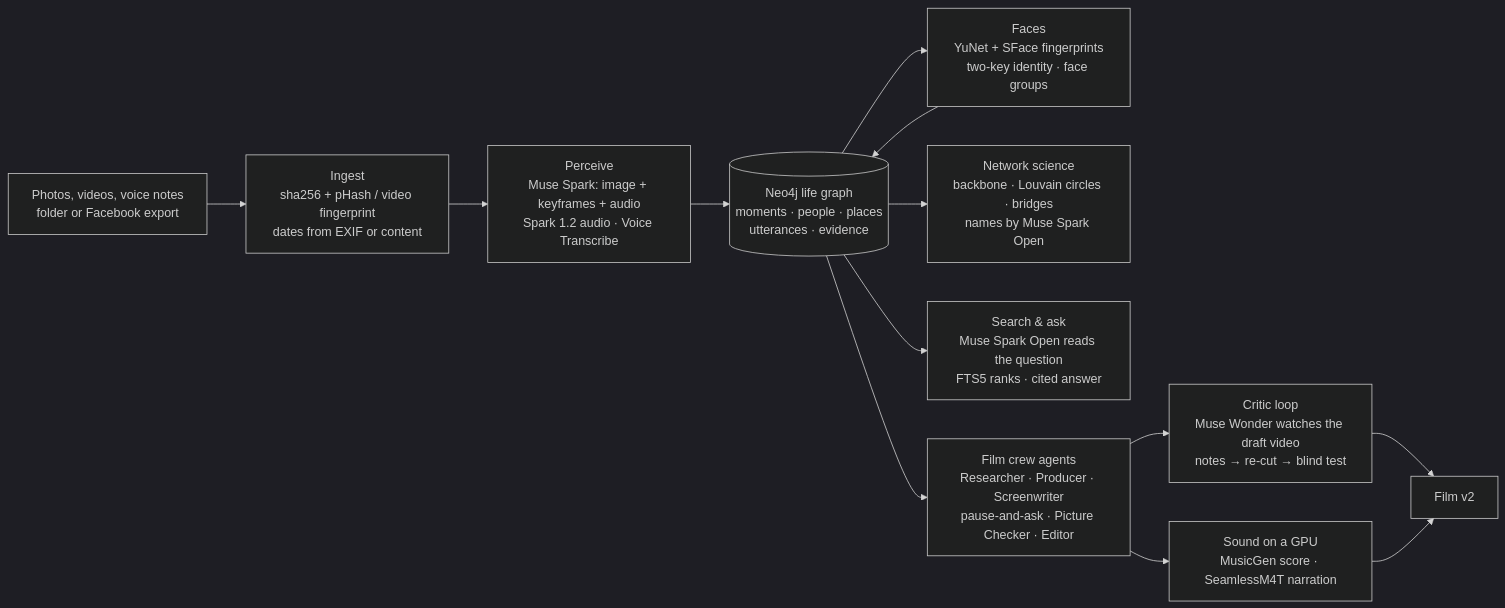
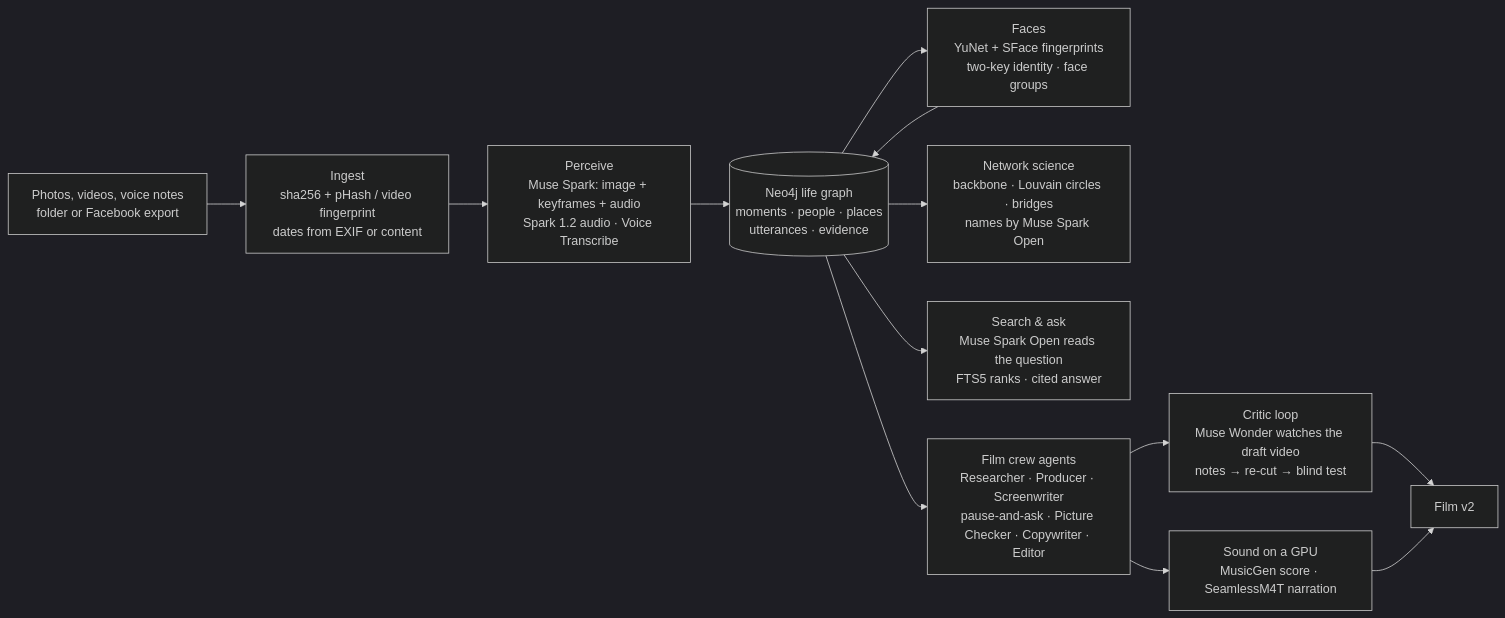
Before and after one commit to agmonp/muse-life-graph: the diagram in README.md, drawn with Mermaid (dark theme). The commit also changed other lines of this file and 8 other files, not shown here.

````diff
--- a/README.md
+++ b/README.md
@@ -47,15 +48,15 @@
 ```mermaid
 flowchart LR
   A[Photos, videos, voice notes<br/>folder or Facebook export] --> B[Ingest<br/>sha256 + pHash / video fingerprint<br/>dates from EXIF or content]
   B --> C[Perceive<br/>Muse Spark: image + keyframes + audio<br/>Spark 1.2 audio · Voice Transcribe]
   C --> D[(Neo4j life graph<br/>moments · people · places<br/>utterances · evidence)]
   D --> E[Faces<br/>YuNet + SFace fingerprints<br/>two-key identity · face groups]
   E --> D
   D --> F[Network science<br/>backbone · Louvain circles · bridges<br/>names by Muse Spark Open]
   D --> G[Search & ask<br/>Muse Spark Open reads the question<br/>FTS5 ranks · cited answer]
-  D --> H[Film crew agents<br/>Researcher · Producer · Screenwriter<br/>pause-and-ask · Picture Checker · Editor]
+  D --> H[Film crew agents<br/>Researcher · Producer · Screenwriter<br/>pause-and-ask · Picture Checker · Copywriter · Editor]
   H --> I[Critic loop<br/>Muse Wonder watches the draft video<br/>notes → re-cut → blind test]
   H --> J[Sound on a GPU<br/>MusicGen score · SeamlessM4T narration]
   I --> K[Film v2]
   J --> K
 ```
````
